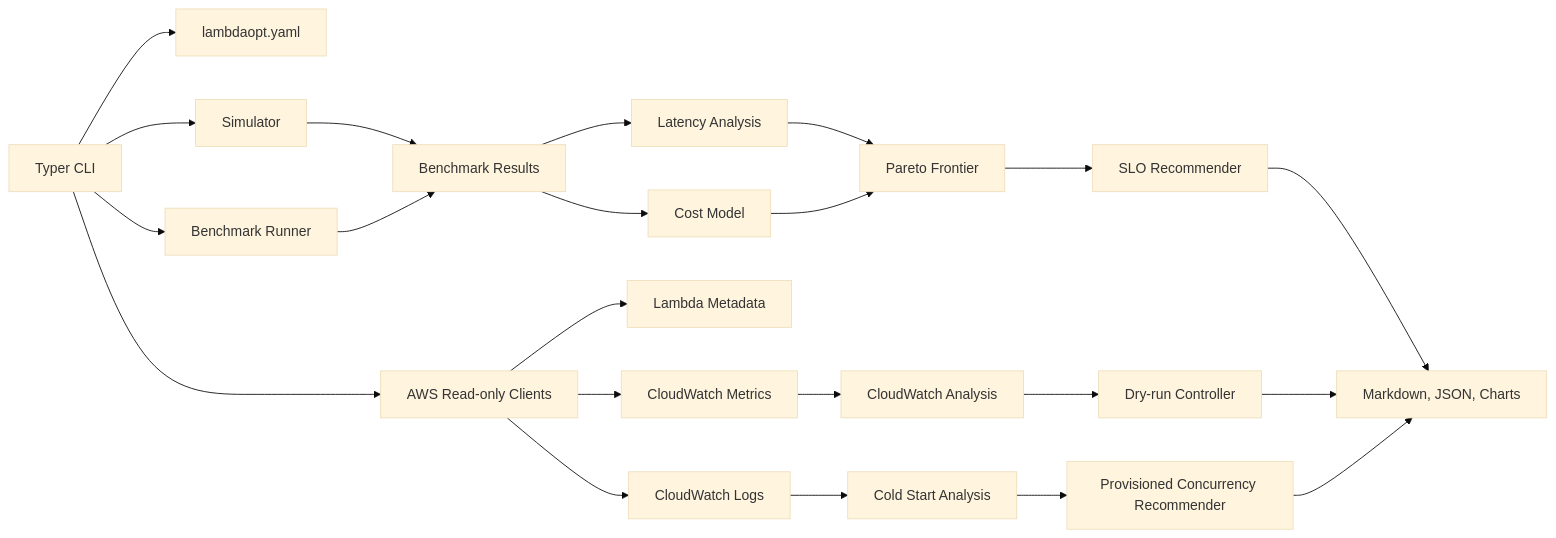
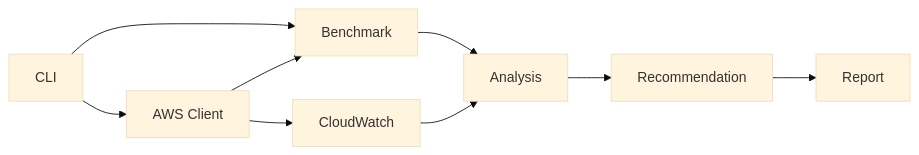
One commit to Mike-Animal-Counseling/aws-lambda-slo-optimizer changed the diagram in README.md. Above: the diagram before and after it, drawn with Mermaid (base theme). The commit also changed other lines of this file and 13 other files, not shown here.

````diff
--- a/README.md
+++ b/README.md
@@ -26,28 +20,11 @@
 ```mermaid
 flowchart LR
-    CLI[Typer CLI] --> Config[lambdaopt.yaml]
-    CLI --> Sim[Simulator]
-    CLI --> Bench[Benchmark Runner]
-    CLI --> AWS[AWS Read-only Clients]
-
-    AWS --> Lambda[Lambda Metadata]
-    AWS --> CW[CloudWatch Metrics]
-    AWS --> Logs[CloudWatch Logs]
-
-    Sim --> Results[Benchmark Results]
-    Bench --> Results
-    Results --> Latency[Latency Analysis]
-    Results --> Cost[Cost Model]
-    CW --> CWAnalysis[CloudWatch Analysis]
-    Logs --> Cold[Cold Start Analysis]
-
-    Latency --> Pareto[Pareto Frontier]
-    Cost --> Pareto
-    Pareto --> Recommender[SLO Recommender]
-    Cold --> PC[Provisioned Concurrency Recommender]
-    CWAnalysis --> Controller[Dry-run Controller]
-
-    Recommender --> Reports[Markdown, JSON, Charts]
-    PC --> Reports
-    Controller --> Reports
+    CLI[CLI] --> AWS[AWS Client]
+    CLI --> Benchmark[Benchmark]
+    AWS --> Benchmark
+    AWS --> CloudWatch[CloudWatch]
+    Benchmark --> Analysis[Analysis]
+    CloudWatch --> Analysis
+    Analysis --> Recommendation[Recommendation]
+    Recommendation --> Report[Report]
 ```
````
